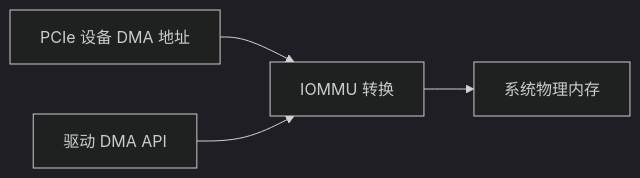
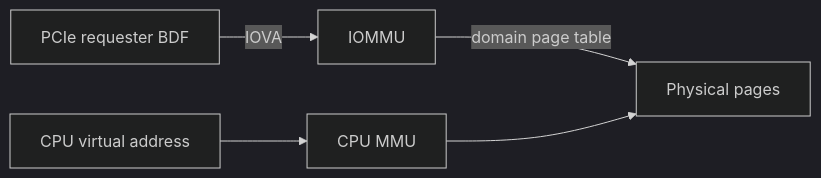
Before and after one commit to cdragon-ljl/EEandEdgeAI: the diagram in docs/articles/pcie/pci-07-iommu-address-translation.md, drawn with Mermaid (dark theme). The commit also changed other lines of this file and 3 other files, not shown here.

Commit message:
docs(pcie): rewrite interrupt DMA and IOMMU guides

````diff
--- a/docs/articles/pcie/pci-07-iommu-address-translation.md
+++ b/docs/articles/pcie/pci-07-iommu-address-translation.md
@@ -56,6 +18,6 @@
 ```mermaid
 flowchart LR
-    A[PCIe 设备 DMA 地址] --> B[IOMMU 转换]
-    B --> C[系统物理内存]
-    D[驱动 DMA API] --> B
+    DEV[PCIe requester BDF] -->|IOVA| IOMMU
+    IOMMU -->|domain page table| PA[Physical pages]
+    CPU[CPU virtual address] --> MMU[CPU MMU] --> PA
 ```
````
